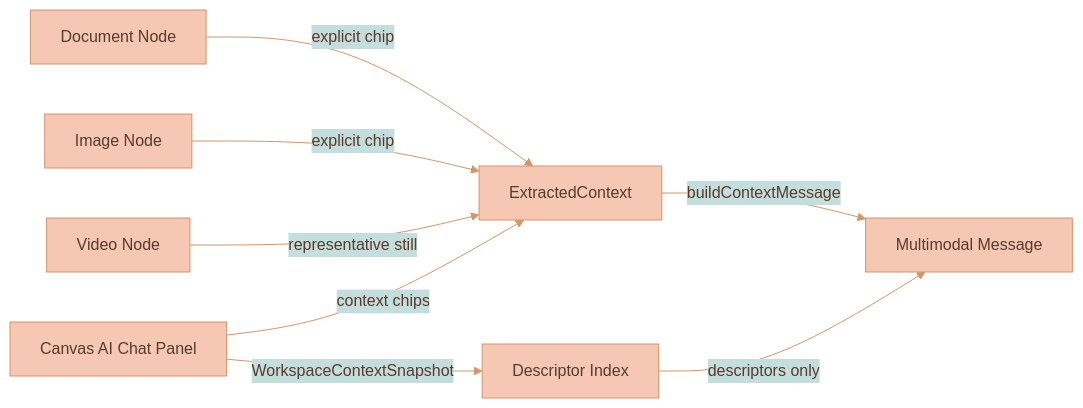
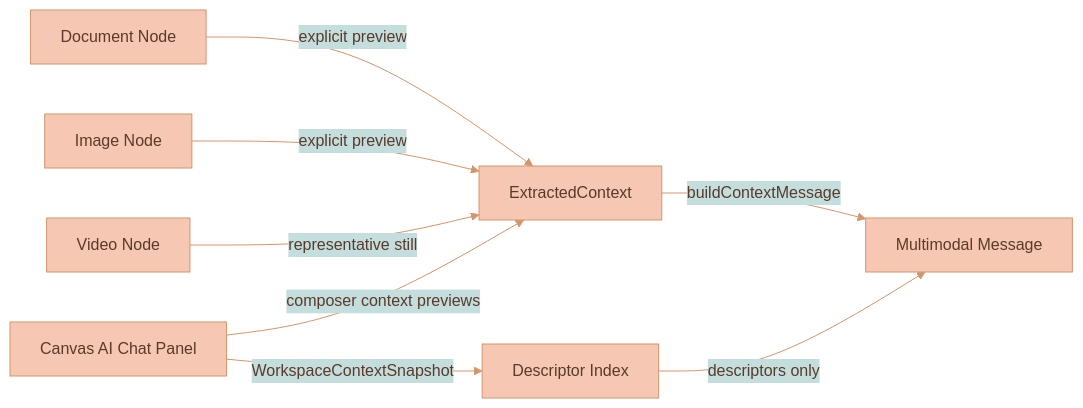
One commit to Lixpi/lixpi changed the second of 3 diagrams in services/web-ui/src/infographics/workspace/README.md. Above: the diagram before and after it, drawn with Mermaid. The commit also changed other lines of this file and 9 other files, not shown here.

Commit message:
LIX-234 # Move AI chat context previews into composer

````diff
--- a/services/web-ui/src/infographics/workspace/README.md
+++ b/services/web-ui/src/infographics/workspace/README.md
@@ -366,11 +366,11 @@
 ```mermaid
 %%{init: {'theme': 'base', 'themeVariables': { 'primaryColor': '#F6C7B3', 'primaryTextColor': '#5a3a2a', 'primaryBorderColor': '#d4956a', 'secondaryColor': '#C3DEDD', 'secondaryTextColor': '#1a3a47', 'secondaryBorderColor': '#4a8a9d', 'tertiaryColor': '#DCECE9', 'tertiaryTextColor': '#1a3a47', 'tertiaryBorderColor': '#82B2C0', 'lineColor': '#d4956a', 'textColor': '#5a3a2a'}}}%%
 flowchart LR
-    DOC[Document Node] -->|explicit chip| CTX[ExtractedContext]
-    IMG[Image Node] -->|explicit chip| CTX
+    DOC[Document Node] -->|explicit preview| CTX[ExtractedContext]
+    IMG[Image Node] -->|explicit preview| CTX
     VID[Video Node] -->|representative still| CTX
-    CHAT[Canvas AI Chat Panel] -->|context chips| CTX
+    CHAT[Canvas AI Chat Panel] -->|composer context previews| CTX
     CHAT -->|WorkspaceContextSnapshot| SNAP[Descriptor Index]
     CTX -->|buildContextMessage| MSG[Multimodal Message]
     SNAP -->|descriptors only| MSG
 ```
````
